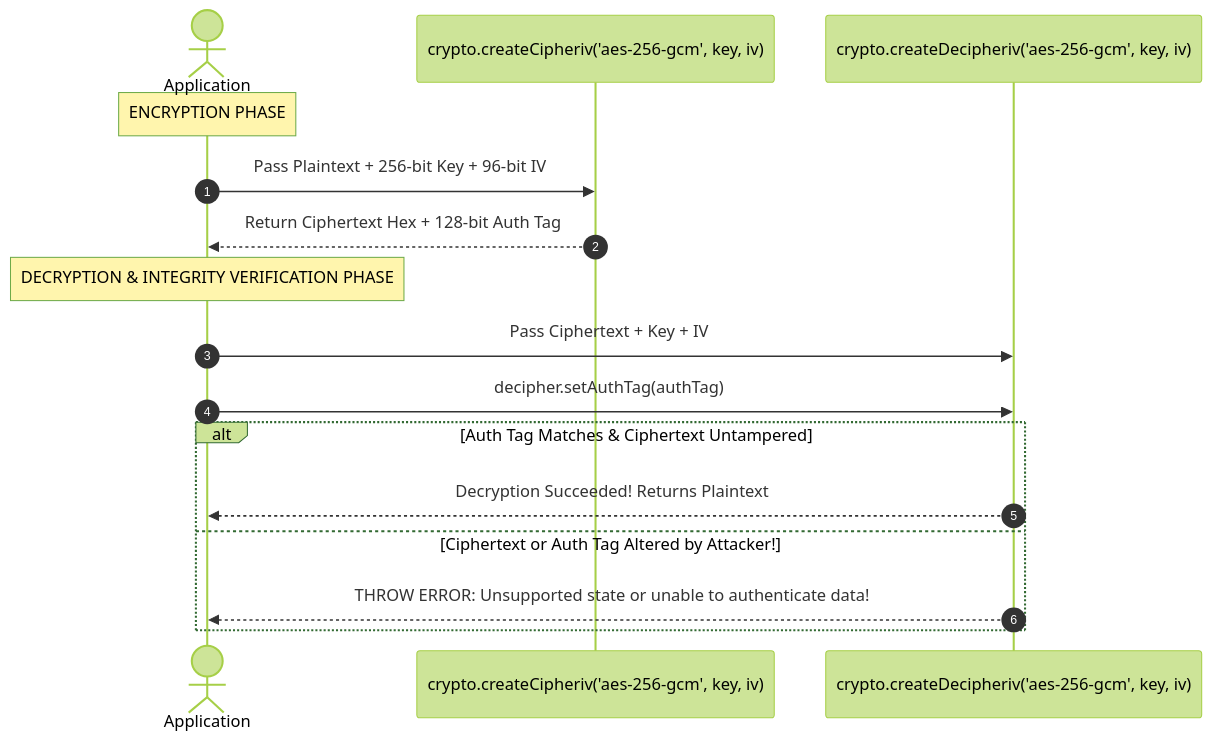
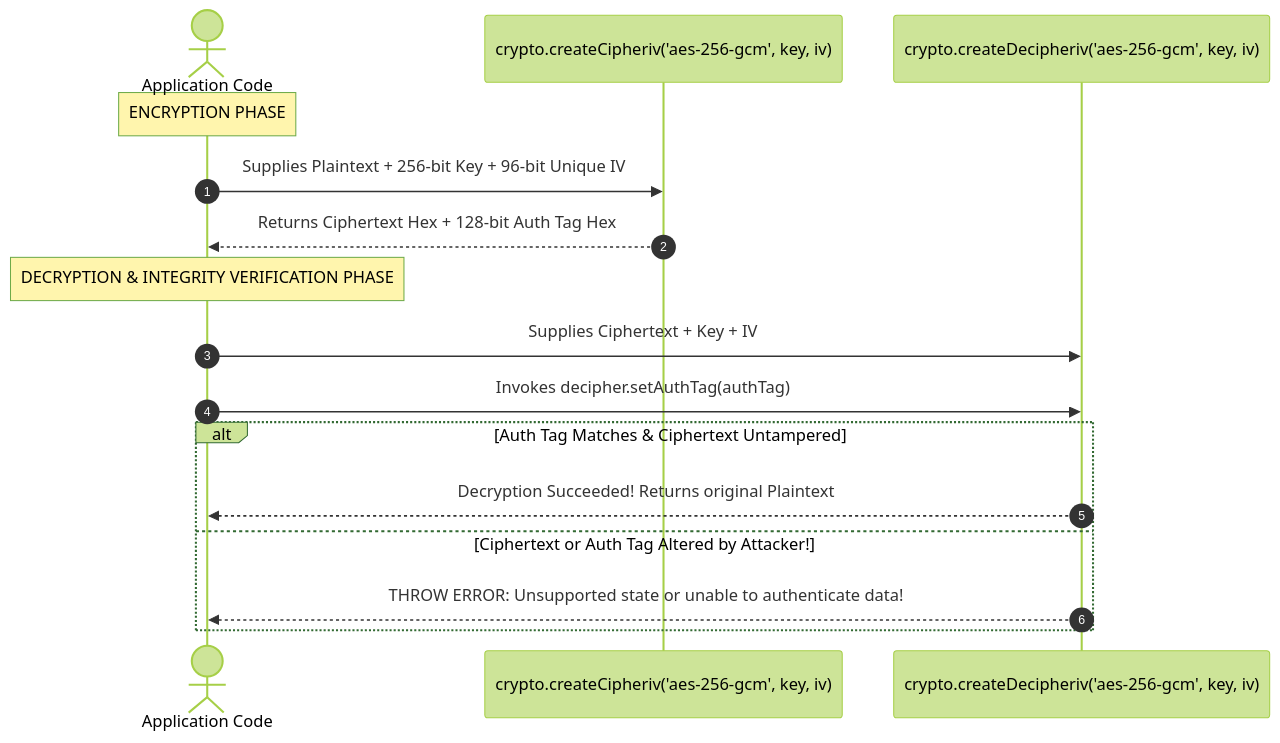
Before and after one commit to Amie-dev/engineering-playbook: the second of 3 diagrams in nodejs-notes/16-crypto-module.md, drawn with Mermaid (forest theme). The commit also changed other lines of this file and 31 other files, not shown here.

````diff
--- a/nodejs-notes/16-crypto-module.md
+++ b/nodejs-notes/16-crypto-module.md
@@ -28,21 +33,21 @@
 ```mermaid
 sequenceDiagram
     autonumber
-    actor App as Application
+    actor App as Application Code
     participant Cipher as crypto.createCipheriv('aes-256-gcm', key, iv)
     participant Decipher as crypto.createDecipheriv('aes-256-gcm', key, iv)
 
-    Note over App: ENCRYPTION PHASE
-    App->>Cipher: Pass Plaintext + 256-bit Key + 96-bit IV
-    Cipher-->>App: Return Ciphertext Hex + 128-bit Auth Tag
+    note over App: ENCRYPTION PHASE
+    App->>Cipher: Supplies Plaintext + 256-bit Key + 96-bit Unique IV
+    Cipher-->>App: Returns Ciphertext Hex + 128-bit Auth Tag Hex
     
-    Note over App: DECRYPTION & INTEGRITY VERIFICATION PHASE
-    App->>Decipher: Pass Ciphertext + Key + IV
-    App->>Decipher: decipher.setAuthTag(authTag)
+    note over App: DECRYPTION & INTEGRITY VERIFICATION PHASE
+    App->>Decipher: Supplies Ciphertext + Key + IV
+    App->>Decipher: Invokes decipher.setAuthTag(authTag)
     
     alt Auth Tag Matches & Ciphertext Untampered
-        Decipher-->>App: Decryption Succeeded! Returns Plaintext
+        Decipher-->>App: Decryption Succeeded! Returns original Plaintext
     else Ciphertext or Auth Tag Altered by Attacker!
         Decipher-->>App: THROW ERROR: Unsupported state or unable to authenticate data!
     end
 ```
````
